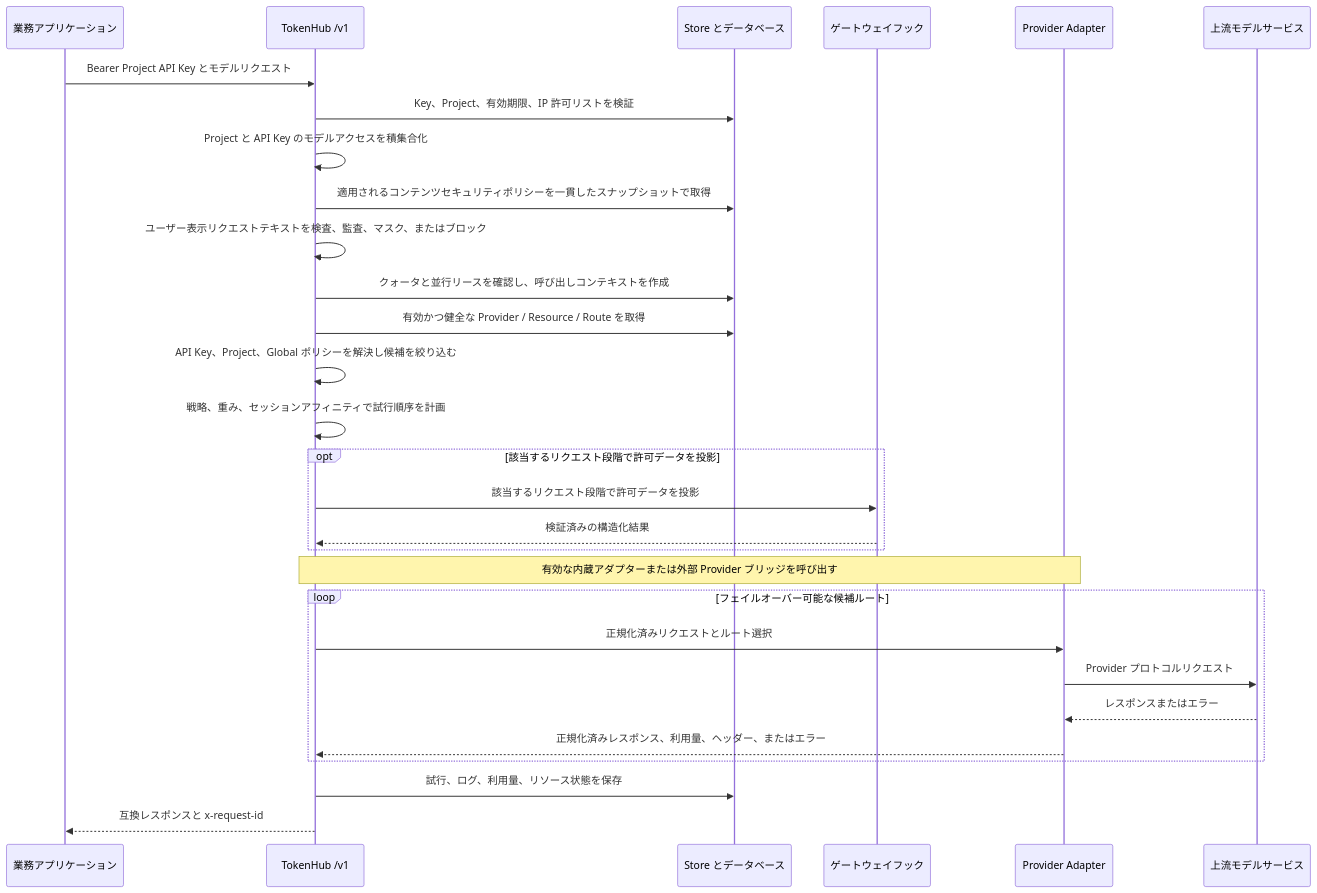
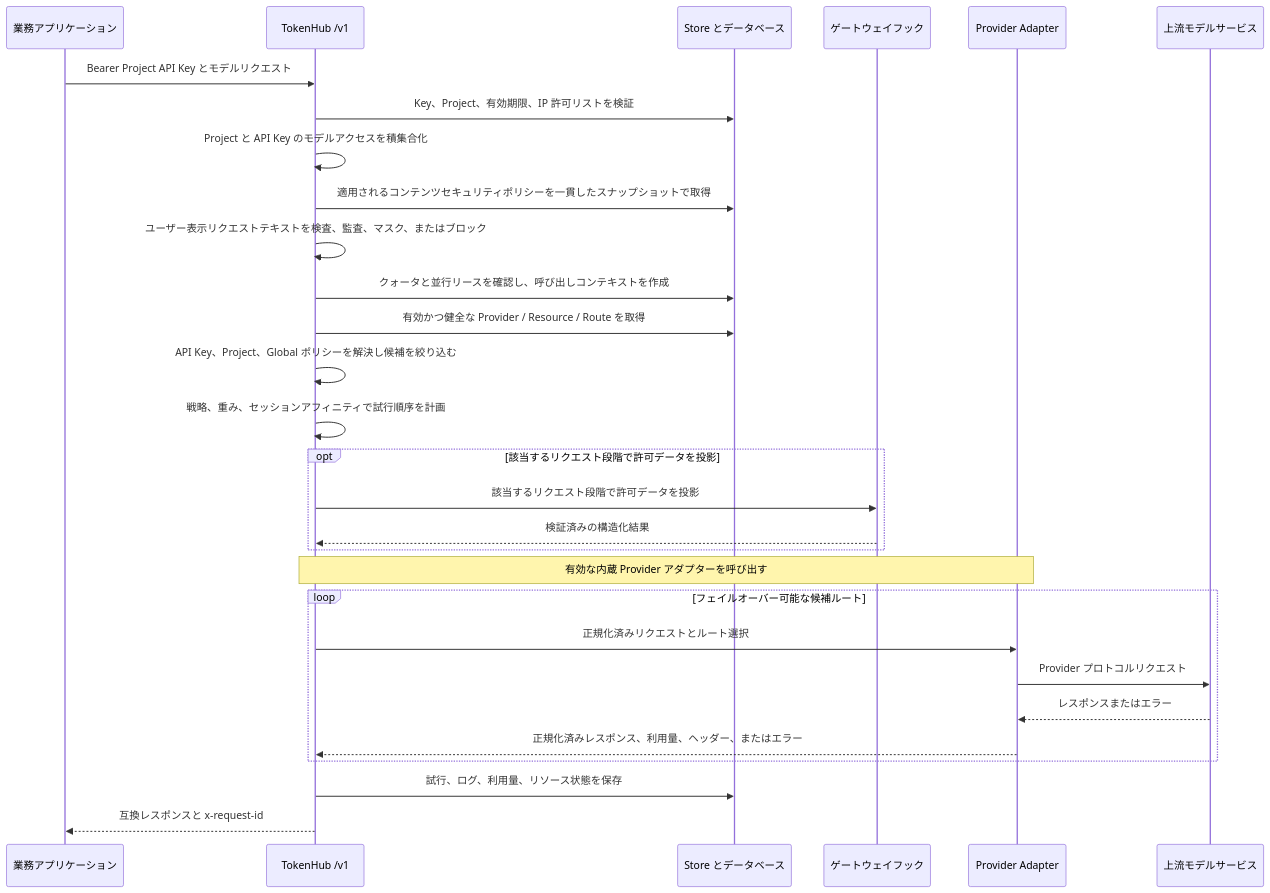
The third of 3 diagrams in docs/ja/architecture.md (FaustMont/TokenHub), drawn with Mermaid before and after one commit. The commit also changed other lines of this file and 34 other files, not shown here.

````diff
--- a/docs/ja/architecture.md
+++ b/docs/ja/architecture.md
@@ -162,32 +157,32 @@
 ```mermaid
 sequenceDiagram
     participant C as 業務アプリケーション
     participant G as TokenHub /v1
     participant S as Store とデータベース
     participant H as ゲートウェイフック
     participant A as Provider Adapter
     participant U as 上流モデルサービス
 
     C->>G: Bearer Project API Key とモデルリクエスト
     G->>S: Key、Project、有効期限、IP 許可リストを検証
     G->>G: Project と API Key のモデルアクセスを積集合化
     G->>S: 適用されるコンテンツセキュリティポリシーを一貫したスナップショットで取得
     G->>G: ユーザー表示リクエストテキストを検査、監査、マスク、またはブロック
     G->>S: クォータと並行リースを確認し、呼び出しコンテキストを作成
     G->>S: 有効かつ健全な Provider / Resource / Route を取得
     G->>G: API Key、Project、Global ポリシーを解決し候補を絞り込む
     G->>G: 戦略、重み、セッションアフィニティで試行順序を計画
     opt 該当するリクエスト段階で許可データを投影
         G->>H: 該当するリクエスト段階で許可データを投影
         H-->>G: 検証済みの構造化結果
     end
-    Note over G,A: 有効な内蔵アダプターまたは外部 Provider ブリッジを呼び出す
+    Note over G,A: 有効な内蔵 Provider アダプターを呼び出す
     loop フェイルオーバー可能な候補ルート
         G->>A: 正規化済みリクエストとルート選択
         A->>U: Provider プロトコルリクエスト
         U-->>A: レスポンスまたはエラー
         A-->>G: 正規化済みレスポンス、利用量、ヘッダー、またはエラー
     end
     G->>S: 試行、ログ、利用量、リソース状態を保存
     G-->>C: 互換レスポンスと x-request-id
 ```
````
